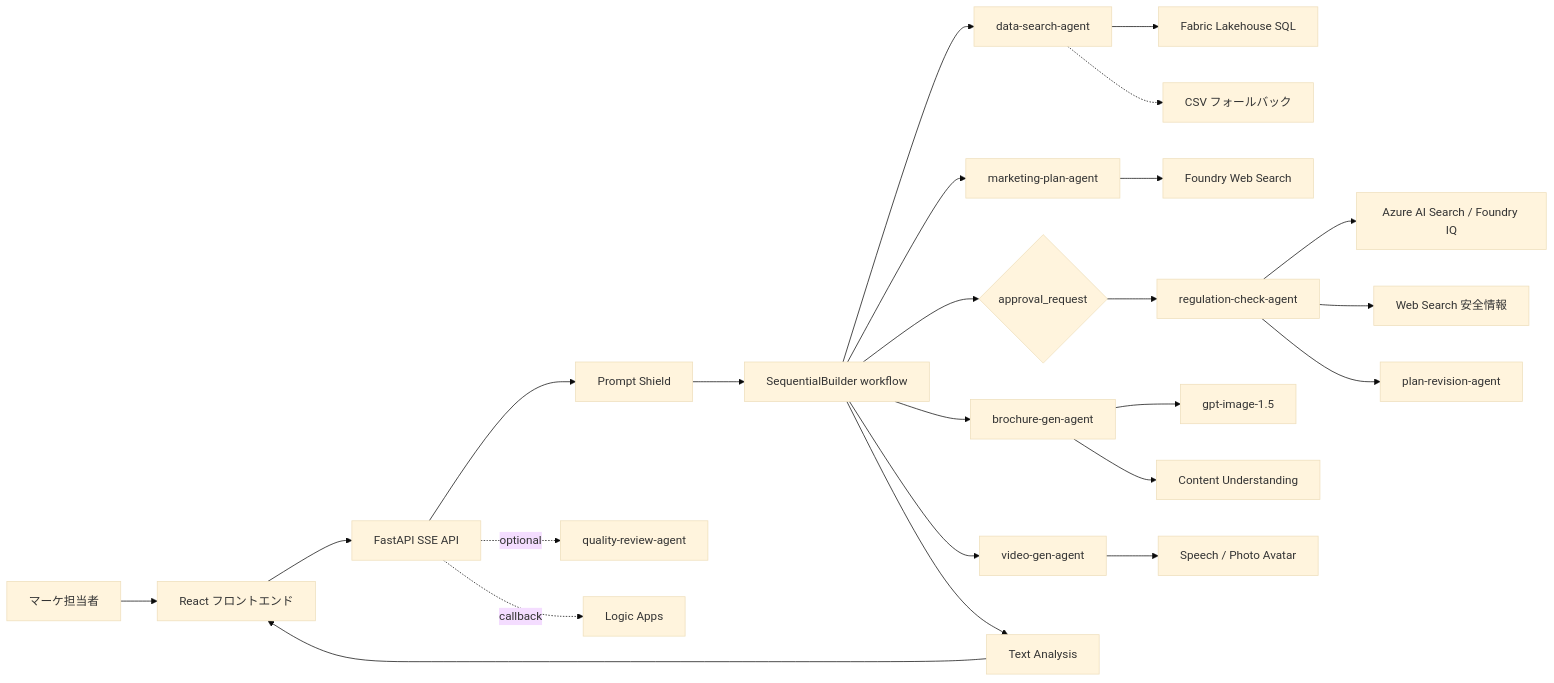
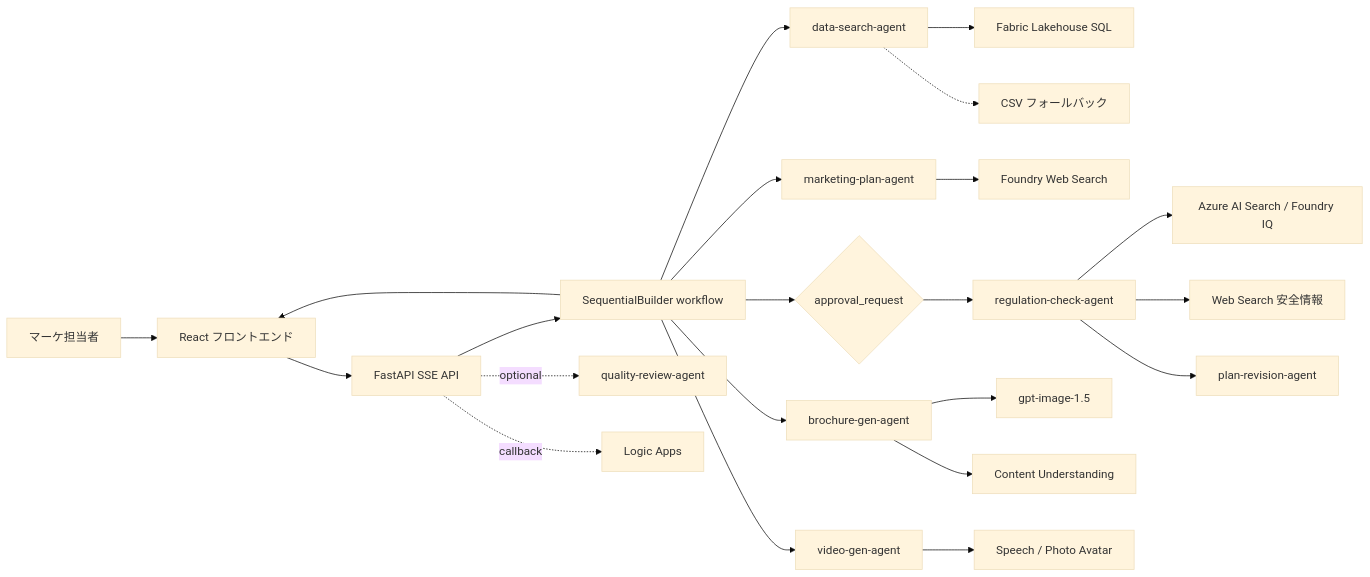
The diagram in README.ja.md (naoki1213mj/travel-marketing-ai), drawn with Mermaid (base theme) before and after one commit. The commit also changed other lines of this file and 46 other files, not shown here.

Commit message:
fix: harden pipeline flows and simplify ai guardrails

````diff
--- a/README.ja.md
+++ b/README.ja.md
@@ -44,26 +44,24 @@
 ```mermaid
 flowchart LR
     user[マーケ担当者] --> ui[React フロントエンド]
     ui --> api[FastAPI SSE API]
-    api --> shield[Prompt Shield]
-    shield --> flow[SequentialBuilder workflow]
+    api --> flow[SequentialBuilder workflow]
     flow --> a1[data-search-agent]
     a1 --> fabric[Fabric Lakehouse SQL]
     a1 -.-> csv[CSV フォールバック]
     flow --> a2[marketing-plan-agent]
     a2 --> web[Foundry Web Search]
     flow --> approval{approval_request}
     approval --> a3a[regulation-check-agent]
     a3a --> kb[Azure AI Search / Foundry IQ]
     a3a --> safeweb[Web Search 安全情報]
     a3a --> a3b[plan-revision-agent]
     flow --> a4[brochure-gen-agent]
     a4 --> image[gpt-image-1.5]
     a4 --> cu[Content Understanding]
     flow --> a5[video-gen-agent]
     a5 --> speech[Speech / Photo Avatar]
-    flow --> output[Text Analysis]
-    output --> ui
+    flow --> ui
     api -. optional .-> review[quality-review-agent]
     api -. callback .-> logic[Logic Apps]
 ```
````
